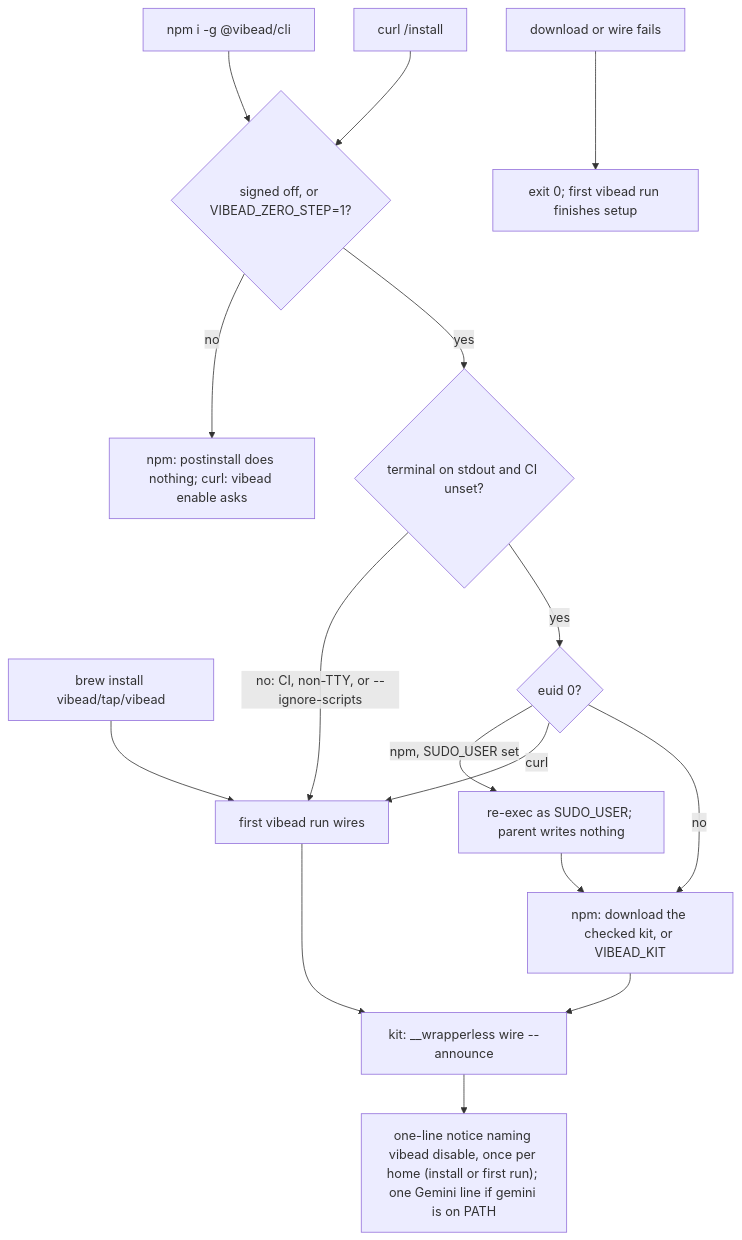
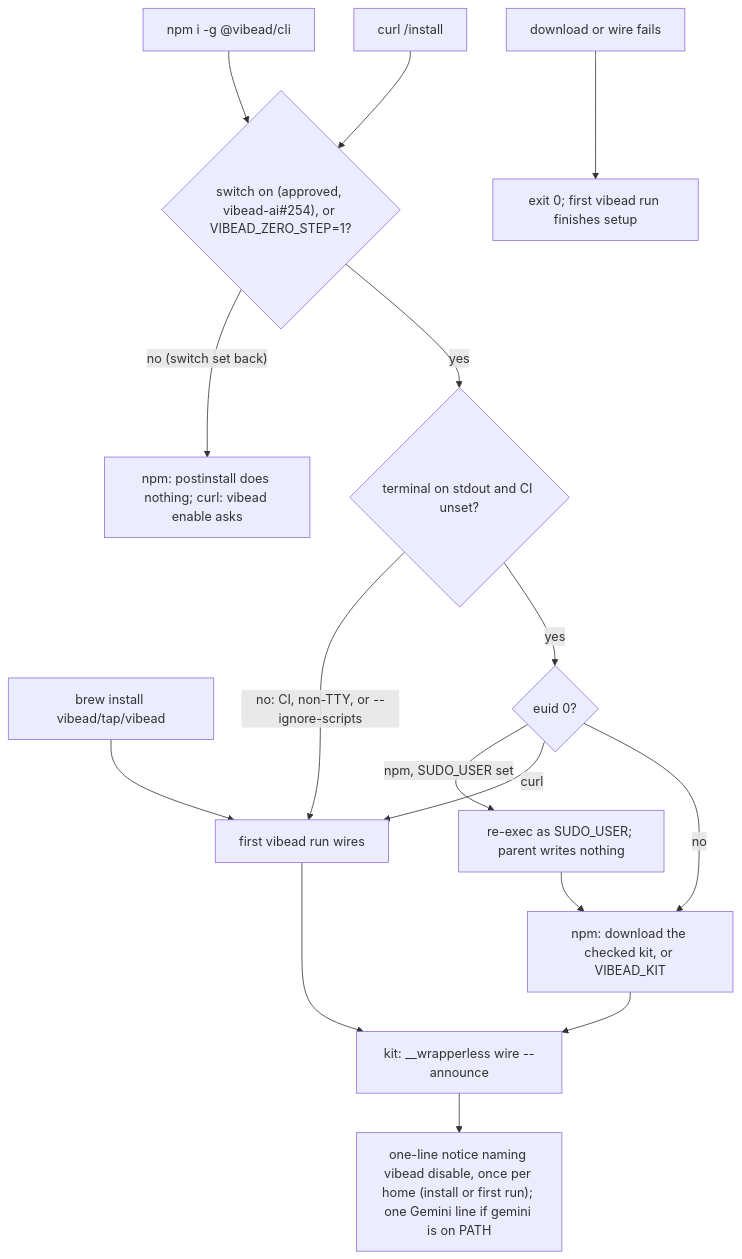
Before and after one commit to vibead/cli: the second of 3 diagrams in docs/system-design/README.md, drawn with Mermaid. The commit also changed other lines of this file and 8 other files, not shown here.

First line of the commit message:
Zero-step install on: install-notice wording approved in vibead-ai#254 (2a)

````diff
--- a/docs/system-design/README.md
+++ b/docs/system-design/README.md
@@ -66,18 +66,18 @@
 ```mermaid
 flowchart TD
-  Npm["npm i -g @vibead/cli"] --> Signed{"signed off, or VIBEAD_ZERO_STEP=1?"}
+  Npm["npm i -g @vibead/cli"] --> Signed{"switch on (approved, vibead-ai#254), or VIBEAD_ZERO_STEP=1?"}
   Curl["curl /install"] --> Signed
-  Signed -- no --> Today["npm: postinstall does nothing; curl: vibead enable asks"]
+  Signed -- "no (switch set back)" --> Today["npm: postinstall does nothing; curl: vibead enable asks"]
   Signed -- yes --> Gate{"terminal on stdout and CI unset?"}
   Gate -- "no: CI, non-TTY, or --ignore-scripts" --> First["first vibead run wires"]
   Brew["brew install vibead/tap/vibead"] --> First
   Gate -- yes --> Drop{"euid 0?"}
   Drop -- "npm, SUDO_USER set" --> AsUser["re-exec as SUDO_USER; parent writes nothing"]
   Drop -- "curl" --> First
   Drop -- no --> Kit["npm: download the checked kit, or VIBEAD_KIT"]
   AsUser --> Kit
   Kit --> Wire["kit: __wrapperless wire --announce"]
   First --> Wire
   Wire --> Notice["one-line notice naming vibead disable, once per home (install or first run); one Gemini line if gemini is on PATH"]
   Fail["download or wire fails"] --> Later["exit 0; first vibead run finishes setup"]
 ```
````
